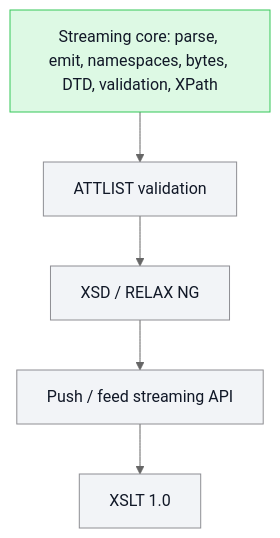
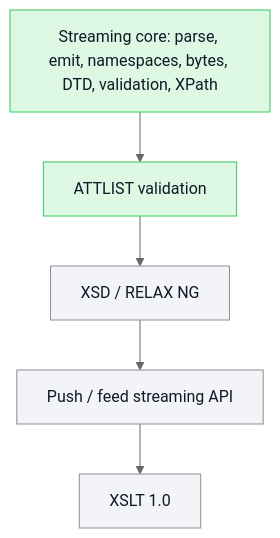
The second of 2 diagrams in README.md (mihaelamj/PureXML), drawn with Mermaid (neutral theme) before and after one commit. The commit also changed 11 other files, not shown here.

First line of the commit message:
feat(validation): add DTD attribute (ATTLIST) validation

````diff
--- a/README.md
+++ b/README.md
@@ -48,16 +48,16 @@
 ```mermaid
 flowchart TB
   classDef done fill:#ddf9e4,stroke:#34c759,color:#111827
   classDef review fill:#fff7d6,stroke:#ffcc00,color:#111827
   classDef epic fill:#f2e5ff,stroke:#af52de,color:#111827
   classDef todo fill:#f2f4f7,stroke:#8e8e93,color:#111827
   Core["Streaming core: parse, emit, namespaces, bytes, DTD, validation, XPath"]:::done
-  Attlist["ATTLIST validation"]:::todo
+  Attlist["ATTLIST validation"]:::done
   Schema["XSD / RELAX NG"]:::todo
   Push["Push / feed streaming API"]:::todo
   Xslt["XSLT 1.0"]:::todo
   Core --> Attlist
   Attlist --> Schema
   Schema --> Push
   Push --> Xslt
 ```
````
